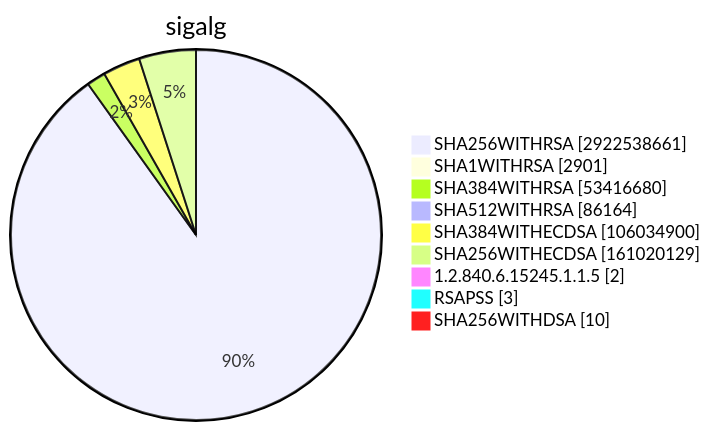
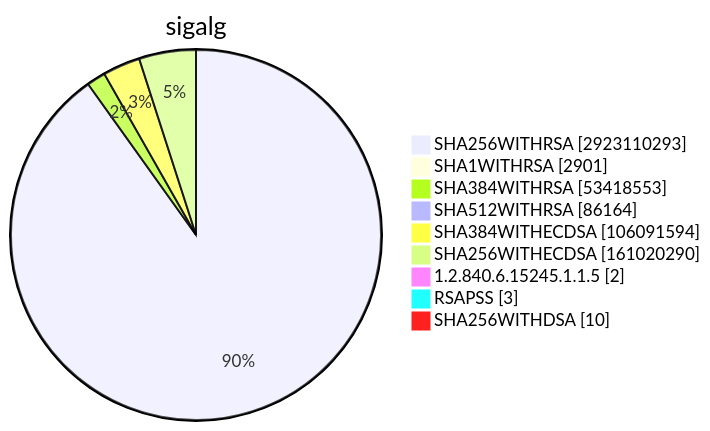
One commit to christiankrug/ctmonitor_visualization changed diagram 15 of 15 in TOTAL/README.md. Above: the diagram before and after it, drawn with Mermaid. The commit also changed other lines of this file, not shown here.

````diff
--- a/TOTAL/README.md
+++ b/TOTAL/README.md
@@ -6207,13 +6207,13 @@
 ```mermaid
 pie showData
 title sigalg
-"SHA256WITHRSA" :2922538661
+"SHA256WITHRSA" :2923110293
 "SHA1WITHRSA" :2901
-"SHA384WITHRSA" :53416680
+"SHA384WITHRSA" :53418553
 "SHA512WITHRSA" :86164
-"SHA384WITHECDSA" :106034900
-"SHA256WITHECDSA" :161020129
+"SHA384WITHECDSA" :106091594
+"SHA256WITHECDSA" :161020290
 "1.2.840.6.15245.1.1.5" :2
 "RSAPSS" :3
 "SHA256WITHDSA" :10
 ```
````
